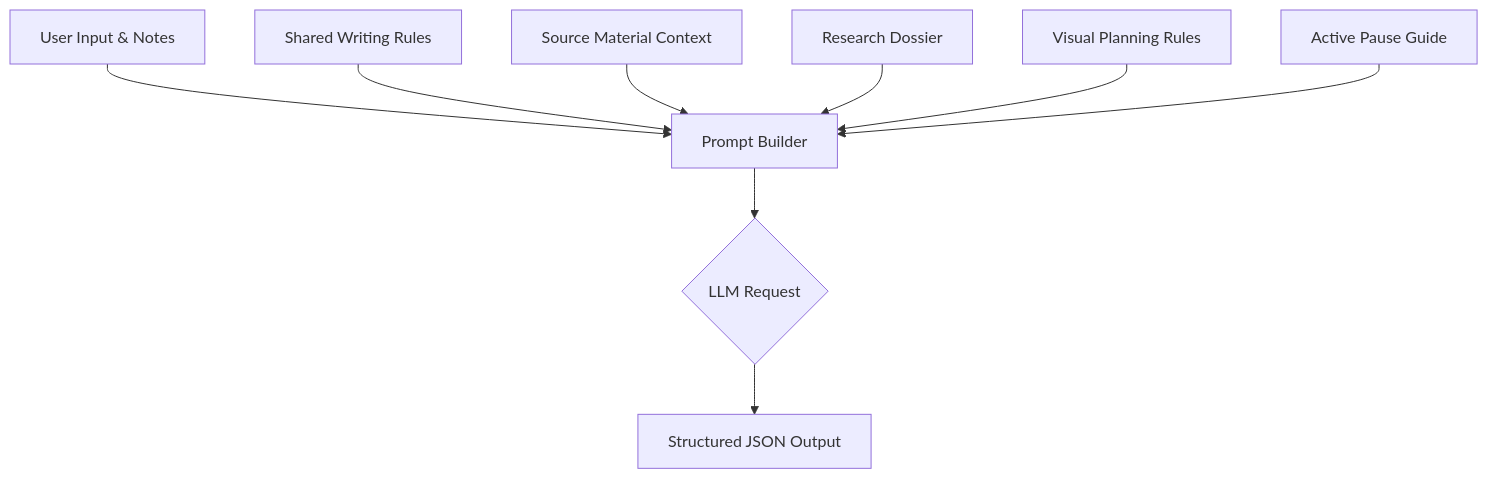
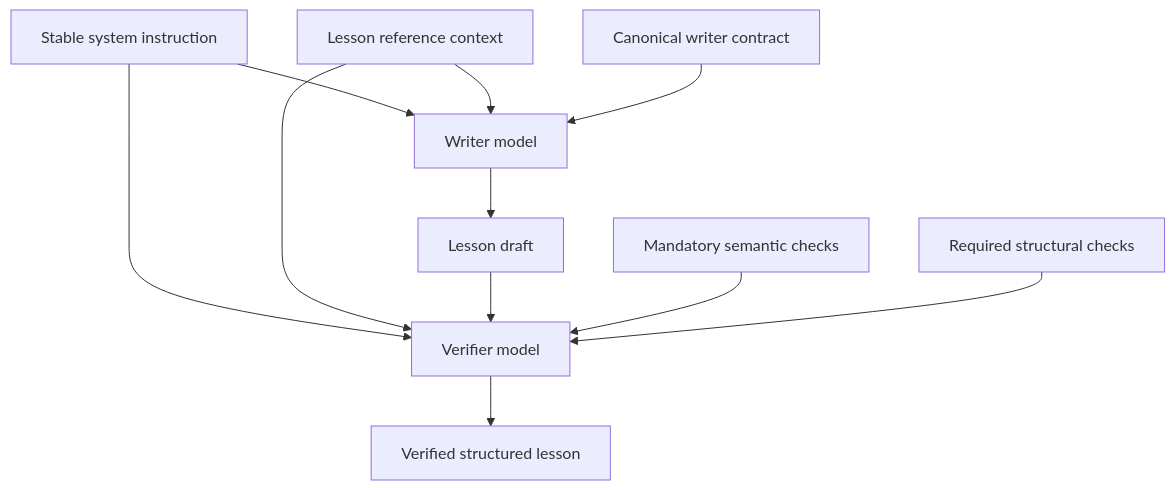
The diagram in .cubic/wiki/07-section-ai/02-p-prompt-engineering.md (immagiov4/Nous), drawn with Mermaid before and after one commit. The commit also changed other lines of this file and 21 other files, not shown here.

````diff
--- a/.cubic/wiki/07-section-ai/02-p-prompt-engineering.md
+++ b/.cubic/wiki/07-section-ai/02-p-prompt-engineering.md
@@ -41,11 +62,13 @@
 ```mermaid
 flowchart TD
-    A[User Input & Notes] --> E[Prompt Builder]
-    B[Shared Writing Rules] --> E
-    C[Source Material Context] --> E
-    D[Research Dossier] --> E
-    F[Visual Planning Rules] --> E
-    G[Active Pause Guide] --> E
-    E --> H{LLM Request}
-    H --> I[Structured JSON Output]
+    A[Stable system instruction] --> G[Writer model]
+    B[Lesson reference context] --> G
+    C[Canonical writer contract] --> G
+    G --> D[Lesson draft]
+    A --> V[Verifier model]
+    B --> V
+    D --> V
+    E[Mandatory semantic checks] --> V
+    F[Required structural checks] --> V
+    V --> H[Verified structured lesson]
 ```
````
